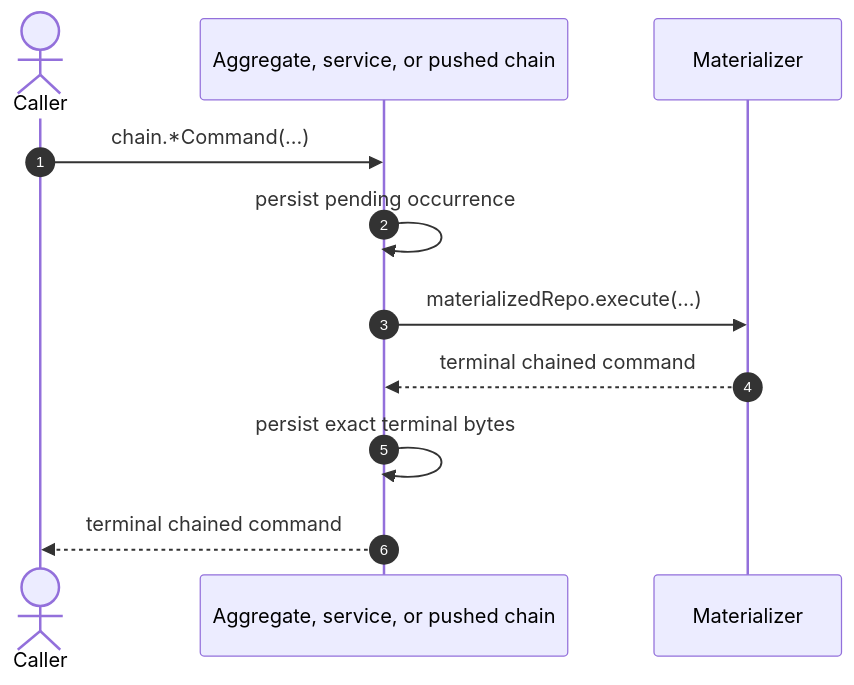
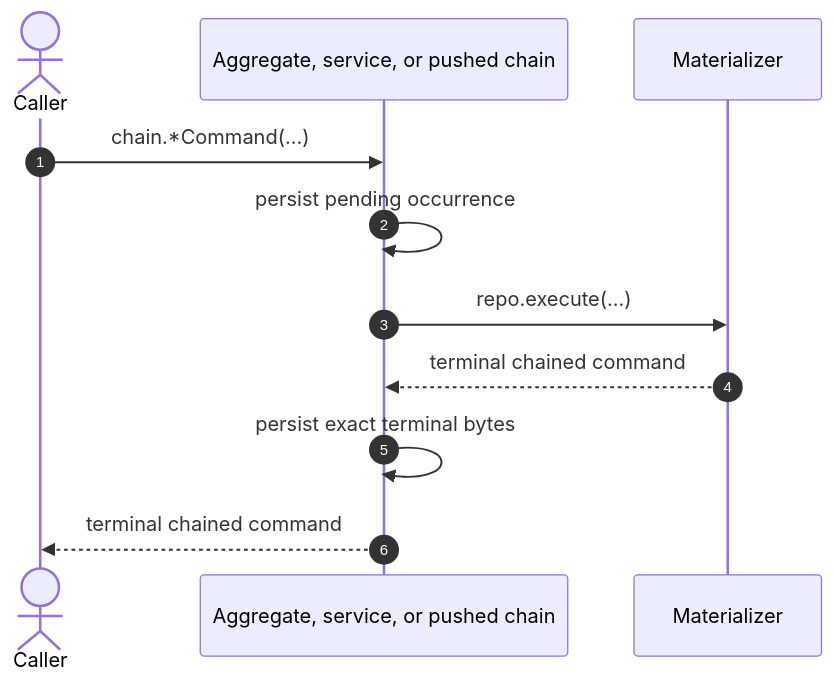
One commit to morgs32/qrk.sh changed the second of 4 diagrams in wiki/dev/diagrams/KappaArchitecture.md. Above: the diagram before and after it, drawn with Mermaid. The commit also changed other lines of this file and 1046 other files, not shown here.

````diff
--- a/wiki/dev/diagrams/KappaArchitecture.md
+++ b/wiki/dev/diagrams/KappaArchitecture.md
@@ -50,19 +51,19 @@
 ```mermaid
 sequenceDiagram
   actor Caller
   participant Chain as Aggregate, service, or pushed chain
   participant Materializer
 
   autonumber 1
   Caller->>Chain: chain.*Command(...)
   autonumber 2
   Chain->>Chain: persist pending occurrence
   autonumber 3
-  Chain->>Materializer: materializedRepo.execute(...)
+  Chain->>Materializer: repo.execute(...)
   autonumber 4
   Materializer-->>Chain: terminal chained command
   autonumber 5
   Chain->>Chain: persist exact terminal bytes
   autonumber 6
   Chain-->>Caller: terminal chained command
 ```
````
